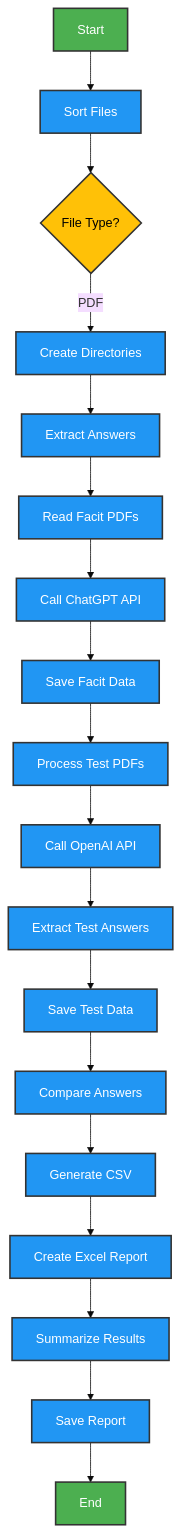
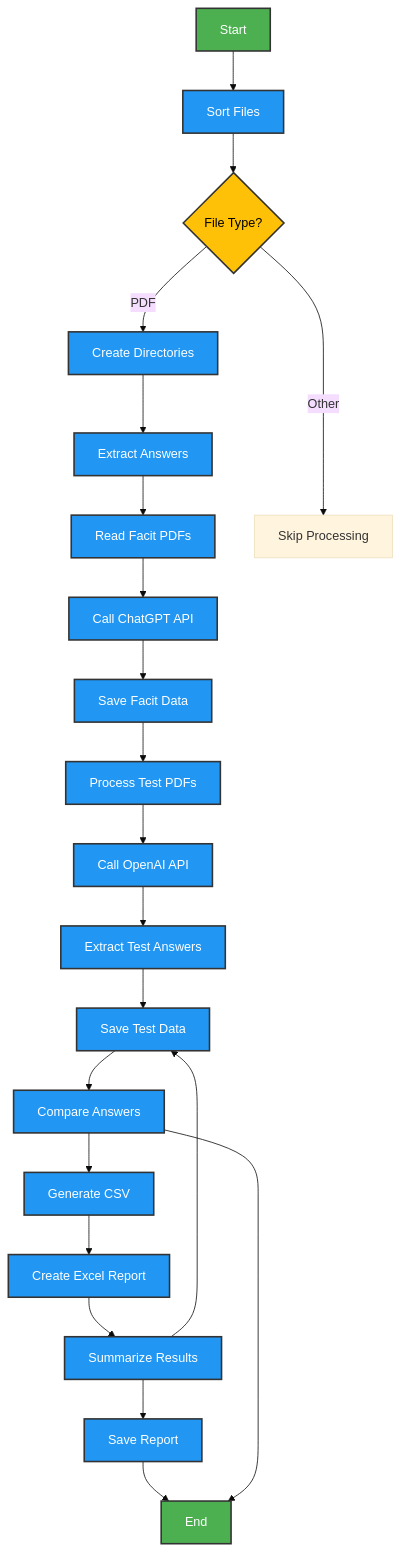
Before and after one commit to MeGurre666/gymnasiearbete-public: the diagram in overview-diagram.md, drawn with Mermaid (base theme).

````diff
--- a/overview-diagram.md
+++ b/overview-diagram.md
@@ -3,20 +3,27 @@
 ```mermaid
 flowchart TD
     A[Start] --> B[Sort Files] --> C{File Type?} 
     C -->|PDF| D[Create Directories] --> E[Extract Answers] 
     E --> F[Read Facit PDFs] --> G[Call ChatGPT API] --> H[Save Facit Data]
     
-    H --> I[Process Test PDFs] --> J[Call OpenAI API] --> K[Extract Test Answers] --> L[Save Test Data] 
-
+    H --> I[Process Test PDFs] --> J[Call OpenAI API] 
+    J --> K[Extract Test Answers] --> L[Save Test Data] 
+    
     L --> M[Compare Answers] 
     M --> N[Generate CSV] --> O[Create Excel Report] 
     O --> P[Summarize Results] --> Q[Save Report] --> R[End]
+
+    %% Horizontal formatting where needed
+    C ----> |Other| X[Skip Processing]
+    M ----> R
+    P ----> L
 
     classDef start fill:#4CAF50,stroke:#333,stroke-width:2px,color:#fff;
     classDef process fill:#2196F3,stroke:#333,stroke-width:2px,color:#fff;
     classDef decision fill:#FFC107,stroke:#333,stroke-width:2px,color:#000;
 
     class A,R start;
     class B,D,E,F,G,H,I,J,K,L,M,N,O,P,Q process;
     class C decision;
+
 ```
````
